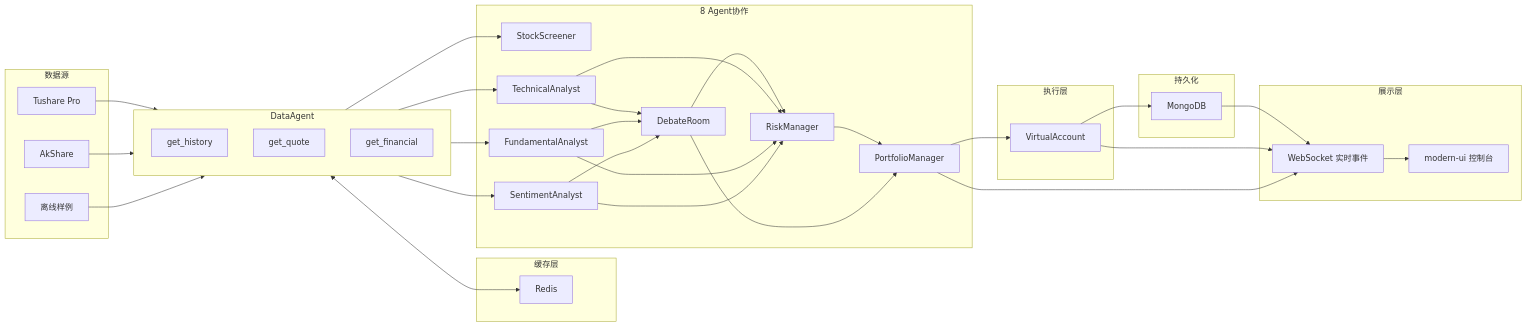
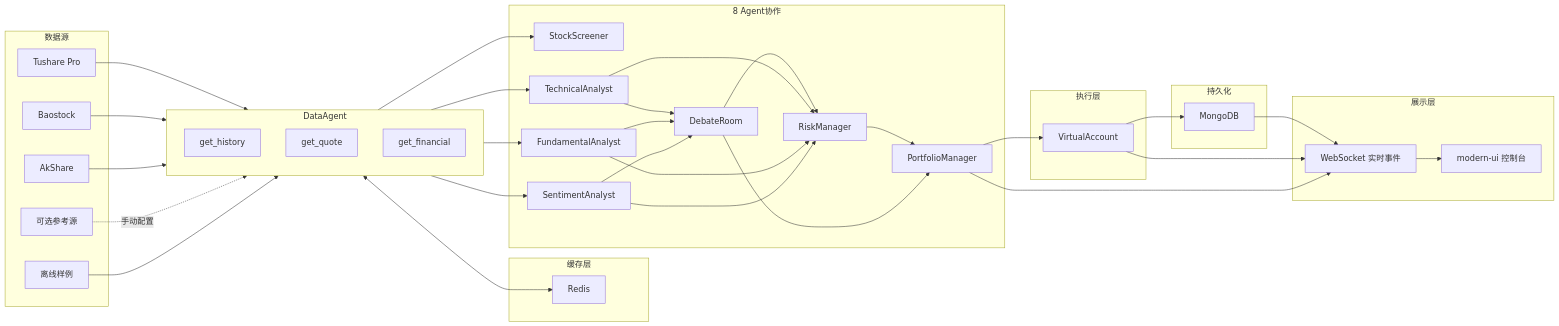
Before and after one commit to systemoutprintlnhelloworld/astock-agent-system: the fourth of 4 diagrams in docs/technical/ARCHITECTURE.md, drawn with Mermaid. The commit also changed other lines of this file and 55 other files, not shown here.

````diff
--- a/docs/technical/ARCHITECTURE.md
+++ b/docs/technical/ARCHITECTURE.md
@@ -391,72 +398,76 @@
 ```mermaid
 flowchart LR
     subgraph dataSources [数据源]
         tushare[Tushare Pro]
+        baostock[Baostock]
         akshare[AkShare]
+        optionalSources[可选参考源]
         samples[离线样例]
     end
     
     subgraph cacheLayer [缓存层]
         redis[Redis]
     end
     
     subgraph dataAgent [DataAgent]
         getHistory[get_history]
         getQuote[get_quote]
         getFinancial[get_financial]
     end
     
     subgraph agents [8 Agent协作]
         screener[StockScreener]
         technical[TechnicalAnalyst]
         fundamental[FundamentalAnalyst]
         sentiment[SentimentAnalyst]
         debate[DebateRoom]
         risk[RiskManager]
         portfolio[PortfolioManager]
     end
     
     subgraph execution [执行层]
         virtualAccount[VirtualAccount]
     end
     
     subgraph storage [持久化]
         mongo[MongoDB]
     end
     
     subgraph presentation [展示层]
         websocket[WebSocket 实时事件]
         dashboard[modern-ui 控制台]
     end
     
     tushare --> dataAgent
+    baostock --> dataAgent
     akshare --> dataAgent
+    optionalSources -.手动配置.-> dataAgent
     samples --> dataAgent
     dataAgent <--> redis
     
     dataAgent --> screener
     dataAgent --> technical
     dataAgent --> fundamental
     dataAgent --> sentiment
     
     technical --> debate
     fundamental --> debate
     sentiment --> debate
     
     debate --> risk
     technical --> risk
     fundamental --> risk
     sentiment --> risk
     
     risk --> portfolio
     debate --> portfolio
     
     portfolio --> virtualAccount
     virtualAccount --> mongo
     
     mongo --> websocket
     virtualAccount --> websocket
     portfolio --> websocket
     
     websocket --> dashboard
 ```
````
